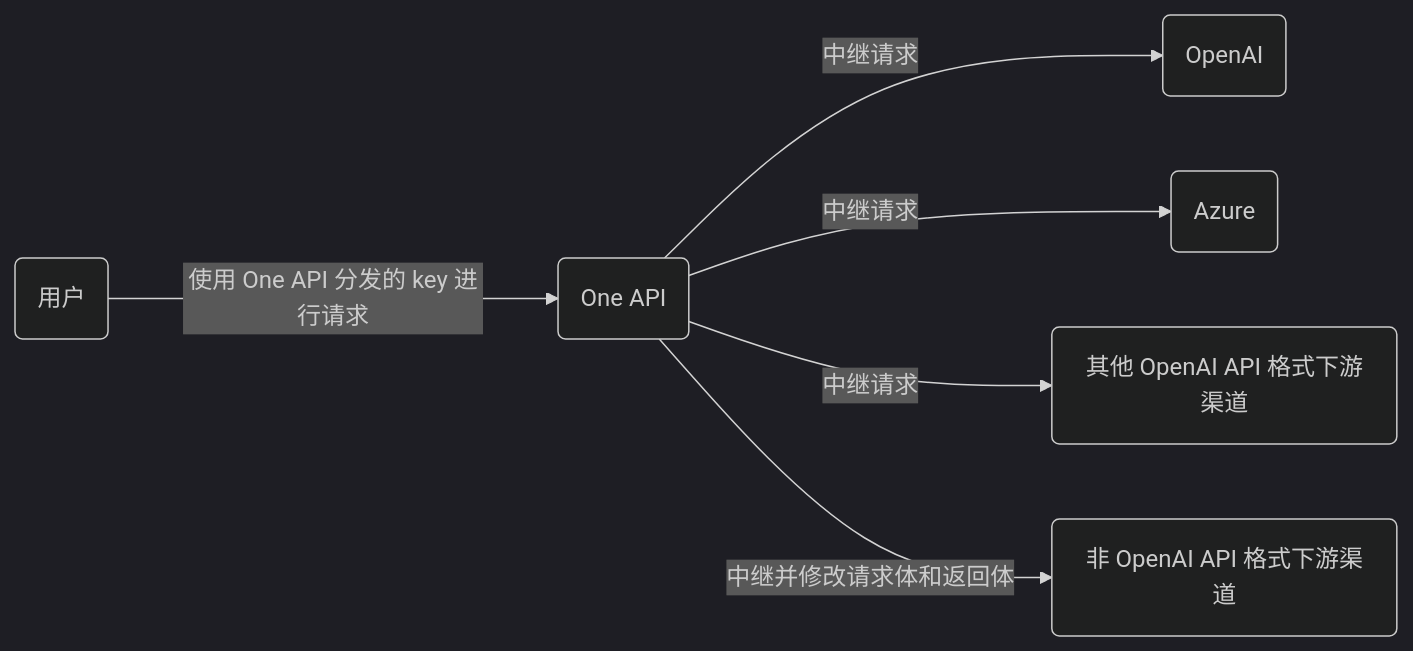
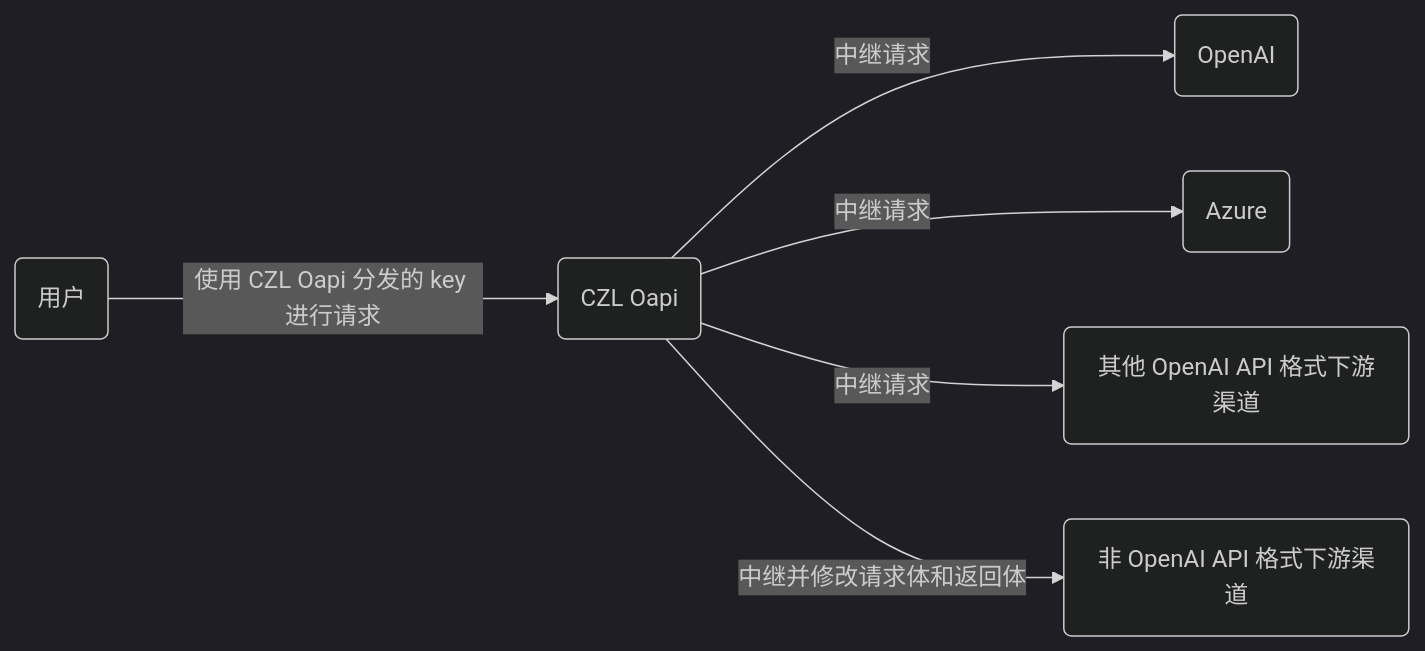
One commit to songquanpeng/one-api changed the diagram in README.md. Above: the diagram before and after it, drawn with Mermaid (dark theme). The commit also changed other lines of this file and 31 other files, not shown here.

````diff
--- a/README.md
+++ b/README.md
@@ -300,9 +300,9 @@
 ```mermaid
 graph LR
     A(用户)
-    A --->|使用 One API 分发的 key 进行请求| B(One API)
+    A --->|使用 CZL Oapi 分发的 key 进行请求| B(CZL Oapi)
     B -->|中继请求| C(OpenAI)
     B -->|中继请求| D(Azure)
     B -->|中继请求| E(其他 OpenAI API 格式下游渠道)
     B -->|中继并修改请求体和返回体| F(非 OpenAI API 格式下游渠道)
 ```
````
